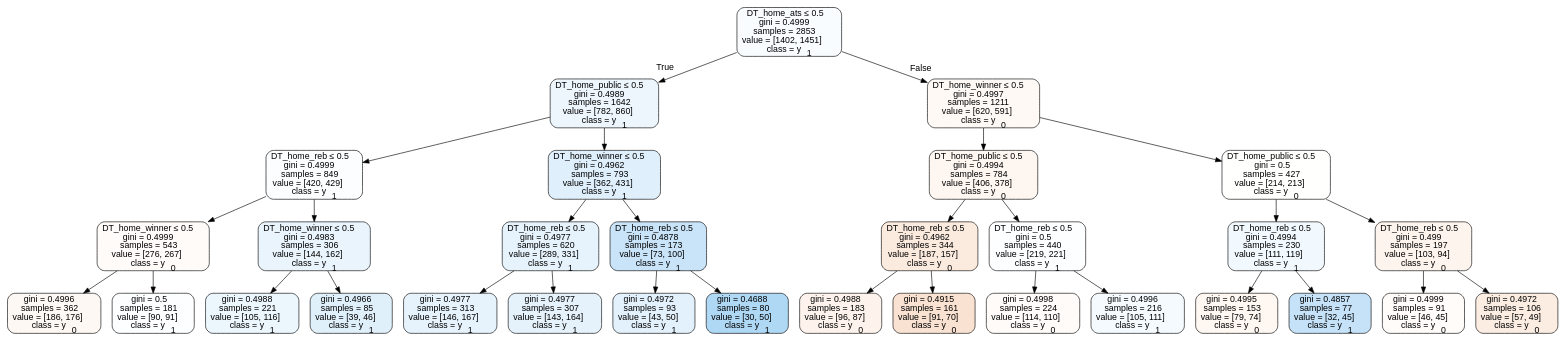
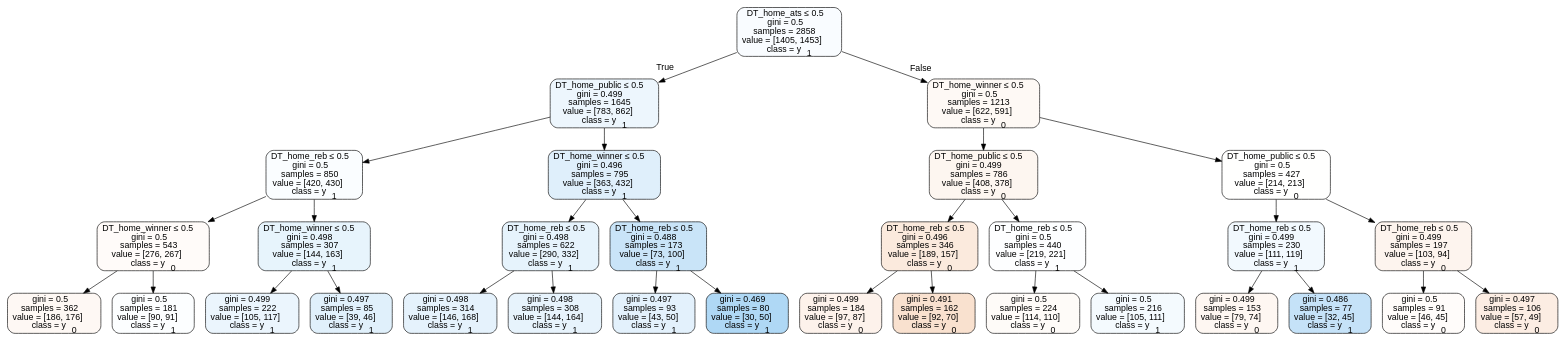
Before and after one commit to usbogie/ncaa-bets: the diagram in Basketball/data/trees/treeneutral.dot, drawn with Graphviz. The commit also changed 38 other files, not shown here.

```diff
--- a/Basketball/data/trees/treeneutral.dot
+++ b/Basketball/data/trees/treeneutral.dot
@@ -1,65 +1,65 @@
 digraph Tree {
 node [shape=box, style="filled, rounded", color="black", fontname=helvetica] ;
 edge [fontname=helvetica] ;
-0 [label=<DT_home_ats &le; 0.5<br/>gini = 0.4999<br/>samples = 2853<br/>value = [1402, 1451]<br/>class = y<SUB>1</SUB>>, fillcolor="#399de509"] ;
-1 [label=<DT_home_public &le; 0.5<br/>gini = 0.4989<br/>samples = 1642<br/>value = [782, 860]<br/>class = y<SUB>1</SUB>>, fillcolor="#399de517"] ;
+0 [label=<DT_home_ats &le; 0.5<br/>gini = 0.5<br/>samples = 2858<br/>value = [1405, 1453]<br/>class = y<SUB>1</SUB>>, fillcolor="#399de508"] ;
+1 [label=<DT_home_public &le; 0.5<br/>gini = 0.499<br/>samples = 1645<br/>value = [783, 862]<br/>class = y<SUB>1</SUB>>, fillcolor="#399de517"] ;
 0 -> 1 [labeldistance=2.5, labelangle=45, headlabel="True"] ;
-2 [label=<DT_home_reb &le; 0.5<br/>gini = 0.4999<br/>samples = 849<br/>value = [420, 429]<br/>class = y<SUB>1</SUB>>, fillcolor="#399de505"] ;
+2 [label=<DT_home_reb &le; 0.5<br/>gini = 0.5<br/>samples = 850<br/>value = [420, 430]<br/>class = y<SUB>1</SUB>>, fillcolor="#399de506"] ;
 1 -> 2 ;
-3 [label=<DT_home_winner &le; 0.5<br/>gini = 0.4999<br/>samples = 543<br/>value = [276, 267]<br/>class = y<SUB>0</SUB>>, fillcolor="#e5813908"] ;
+3 [label=<DT_home_winner &le; 0.5<br/>gini = 0.5<br/>samples = 543<br/>value = [276, 267]<br/>class = y<SUB>0</SUB>>, fillcolor="#e5813908"] ;
 2 -> 3 ;
-4 [label=<gini = 0.4996<br/>samples = 362<br/>value = [186, 176]<br/>class = y<SUB>0</SUB>>, fillcolor="#e581390e"] ;
+4 [label=<gini = 0.5<br/>samples = 362<br/>value = [186, 176]<br/>class = y<SUB>0</SUB>>, fillcolor="#e581390e"] ;
 3 -> 4 ;
 5 [label=<gini = 0.5<br/>samples = 181<br/>value = [90, 91]<br/>class = y<SUB>1</SUB>>, fillcolor="#399de503"] ;
 3 -> 5 ;
-6 [label=<DT_home_winner &le; 0.5<br/>gini = 0.4983<br/>samples = 306<br/>value = [144, 162]<br/>class = y<SUB>1</SUB>>, fillcolor="#399de51c"] ;
+6 [label=<DT_home_winner &le; 0.5<br/>gini = 0.498<br/>samples = 307<br/>value = [144, 163]<br/>class = y<SUB>1</SUB>>, fillcolor="#399de51e"] ;
 2 -> 6 ;
-7 [label=<gini = 0.4988<br/>samples = 221<br/>value = [105, 116]<br/>class = y<SUB>1</SUB>>, fillcolor="#399de518"] ;
+7 [label=<gini = 0.499<br/>samples = 222<br/>value = [105, 117]<br/>class = y<SUB>1</SUB>>, fillcolor="#399de51a"] ;
 6 -> 7 ;
-8 [label=<gini = 0.4966<br/>samples = 85<br/>value = [39, 46]<br/>class = y<SUB>1</SUB>>, fillcolor="#399de527"] ;
+8 [label=<gini = 0.497<br/>samples = 85<br/>value = [39, 46]<br/>class = y<SUB>1</SUB>>, fillcolor="#399de527"] ;
 6 -> 8 ;
-9 [label=<DT_home_winner &le; 0.5<br/>gini = 0.4962<br/>samples = 793<br/>value = [362, 431]<br/>class = y<SUB>1</SUB>>, fillcolor="#399de529"] ;
+9 [label=<DT_home_winner &le; 0.5<br/>gini = 0.496<br/>samples = 795<br/>value = [363, 432]<br/>class = y<SUB>1</SUB>>, fillcolor="#399de529"] ;
 1 -> 9 ;
-10 [label=<DT_home_reb &le; 0.5<br/>gini = 0.4977<br/>samples = 620<br/>value = [289, 331]<br/>class = y<SUB>1</SUB>>, fillcolor="#399de520"] ;
+10 [label=<DT_home_reb &le; 0.5<br/>gini = 0.498<br/>samples = 622<br/>value = [290, 332]<br/>class = y<SUB>1</SUB>>, fillcolor="#399de520"] ;
 9 -> 10 ;
-11 [label=<gini = 0.4977<br/>samples = 313<br/>value = [146, 167]<br/>class = y<SUB>1</SUB>>, fillcolor="#399de520"] ;
+11 [label=<gini = 0.498<br/>samples = 314<br/>value = [146, 168]<br/>class = y<SUB>1</SUB>>, fillcolor="#399de521"] ;
 10 -> 11 ;
-12 [label=<gini = 0.4977<br/>samples = 307<br/>value = [143, 164]<br/>class = y<SUB>1</SUB>>, fillcolor="#399de521"] ;
+12 [label=<gini = 0.498<br/>samples = 308<br/>value = [144, 164]<br/>class = y<SUB>1</SUB>>, fillcolor="#399de51f"] ;
 10 -> 12 ;
-13 [label=<DT_home_reb &le; 0.5<br/>gini = 0.4878<br/>samples = 173<br/>value = [73, 100]<br/>class = y<SUB>1</SUB>>, fillcolor="#399de545"] ;
+13 [label=<DT_home_reb &le; 0.5<br/>gini = 0.488<br/>samples = 173<br/>value = [73, 100]<br/>class = y<SUB>1</SUB>>, fillcolor="#399de545"] ;
 9 -> 13 ;
-14 [label=<gini = 0.4972<br/>samples = 93<br/>value = [43, 50]<br/>class = y<SUB>1</SUB>>, fillcolor="#399de524"] ;
+14 [label=<gini = 0.497<br/>samples = 93<br/>value = [43, 50]<br/>class = y<SUB>1</SUB>>, fillcolor="#399de524"] ;
 13 -> 14 ;
-15 [label=<gini = 0.4688<br/>samples = 80<br/>value = [30, 50]<br/>class = y<SUB>1</SUB>>, fillcolor="#399de566"] ;
+15 [label=<gini = 0.469<br/>samples = 80<br/>value = [30, 50]<br/>class = y<SUB>1</SUB>>, fillcolor="#399de566"] ;
 13 -> 15 ;
-16 [label=<DT_home_winner &le; 0.5<br/>gini = 0.4997<br/>samples = 1211<br/>value = [620, 591]<br/>class = y<SUB>0</SUB>>, fillcolor="#e581390c"] ;
+16 [label=<DT_home_winner &le; 0.5<br/>gini = 0.5<br/>samples = 1213<br/>value = [622, 591]<br/>class = y<SUB>0</SUB>>, fillcolor="#e581390d"] ;
 0 -> 16 [labeldistance=2.5, labelangle=-45, headlabel="False"] ;
-17 [label=<DT_home_public &le; 0.5<br/>gini = 0.4994<br/>samples = 784<br/>value = [406, 378]<br/>class = y<SUB>0</SUB>>, fillcolor="#e5813912"] ;
+17 [label=<DT_home_public &le; 0.5<br/>gini = 0.499<br/>samples = 786<br/>value = [408, 378]<br/>class = y<SUB>0</SUB>>, fillcolor="#e5813913"] ;
 16 -> 17 ;
-18 [label=<DT_home_reb &le; 0.5<br/>gini = 0.4962<br/>samples = 344<br/>value = [187, 157]<br/>class = y<SUB>0</SUB>>, fillcolor="#e5813929"] ;
+18 [label=<DT_home_reb &le; 0.5<br/>gini = 0.496<br/>samples = 346<br/>value = [189, 157]<br/>class = y<SUB>0</SUB>>, fillcolor="#e581392b"] ;
 17 -> 18 ;
-19 [label=<gini = 0.4988<br/>samples = 183<br/>value = [96, 87]<br/>class = y<SUB>0</SUB>>, fillcolor="#e5813918"] ;
+19 [label=<gini = 0.499<br/>samples = 184<br/>value = [97, 87]<br/>class = y<SUB>0</SUB>>, fillcolor="#e581391a"] ;
 18 -> 19 ;
-20 [label=<gini = 0.4915<br/>samples = 161<br/>value = [91, 70]<br/>class = y<SUB>0</SUB>>, fillcolor="#e581393b"] ;
+20 [label=<gini = 0.491<br/>samples = 162<br/>value = [92, 70]<br/>class = y<SUB>0</SUB>>, fillcolor="#e581393d"] ;
 18 -> 20 ;
 21 [label=<DT_home_reb &le; 0.5<br/>gini = 0.5<br/>samples = 440<br/>value = [219, 221]<br/>class = y<SUB>1</SUB>>, fillcolor="#399de502"] ;
 17 -> 21 ;
-22 [label=<gini = 0.4998<br/>samples = 224<br/>value = [114, 110]<br/>class = y<SUB>0</SUB>>, fillcolor="#e5813909"] ;
+22 [label=<gini = 0.5<br/>samples = 224<br/>value = [114, 110]<br/>class = y<SUB>0</SUB>>, fillcolor="#e5813909"] ;
 21 -> 22 ;
-23 [label=<gini = 0.4996<br/>samples = 216<br/>value = [105, 111]<br/>class = y<SUB>1</SUB>>, fillcolor="#399de50e"] ;
+23 [label=<gini = 0.5<br/>samples = 216<br/>value = [105, 111]<br/>class = y<SUB>1</SUB>>, fillcolor="#399de50e"] ;
 21 -> 23 ;
 24 [label=<DT_home_public &le; 0.5<br/>gini = 0.5<br/>samples = 427<br/>value = [214, 213]<br/>class = y<SUB>0</SUB>>, fillcolor="#e5813901"] ;
 16 -> 24 ;
-25 [label=<DT_home_reb &le; 0.5<br/>gini = 0.4994<br/>samples = 230<br/>value = [111, 119]<br/>class = y<SUB>1</SUB>>, fillcolor="#399de511"] ;
+25 [label=<DT_home_reb &le; 0.5<br/>gini = 0.499<br/>samples = 230<br/>value = [111, 119]<br/>class = y<SUB>1</SUB>>, fillcolor="#399de511"] ;
 24 -> 25 ;
-26 [label=<gini = 0.4995<br/>samples = 153<br/>value = [79, 74]<br/>class = y<SUB>0</SUB>>, fillcolor="#e5813910"] ;
+26 [label=<gini = 0.499<br/>samples = 153<br/>value = [79, 74]<br/>class = y<SUB>0</SUB>>, fillcolor="#e5813910"] ;
 25 -> 26 ;
-27 [label=<gini = 0.4857<br/>samples = 77<br/>value = [32, 45]<br/>class = y<SUB>1</SUB>>, fillcolor="#399de54a"] ;
+27 [label=<gini = 0.486<br/>samples = 77<br/>value = [32, 45]<br/>class = y<SUB>1</SUB>>, fillcolor="#399de54a"] ;
 25 -> 27 ;
 28 [label=<DT_home_reb &le; 0.5<br/>gini = 0.499<br/>samples = 197<br/>value = [103, 94]<br/>class = y<SUB>0</SUB>>, fillcolor="#e5813916"] ;
 24 -> 28 ;
-29 [label=<gini = 0.4999<br/>samples = 91<br/>value = [46, 45]<br/>class = y<SUB>0</SUB>>, fillcolor="#e5813906"] ;
+29 [label=<gini = 0.5<br/>samples = 91<br/>value = [46, 45]<br/>class = y<SUB>0</SUB>>, fillcolor="#e5813906"] ;
 28 -> 29 ;
-30 [label=<gini = 0.4972<br/>samples = 106<br/>value = [57, 49]<br/>class = y<SUB>0</SUB>>, fillcolor="#e5813924"] ;
+30 [label=<gini = 0.497<br/>samples = 106<br/>value = [57, 49]<br/>class = y<SUB>0</SUB>>, fillcolor="#e5813924"] ;
 28 -> 30 ;
 }
```
